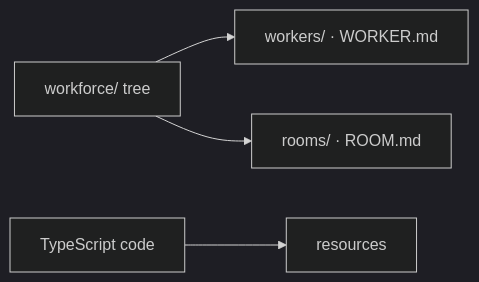
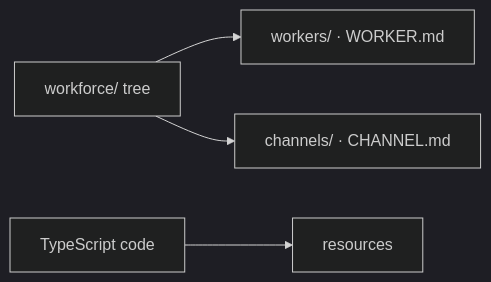
Before and after one commit to fixpoint-labs/flow-state-dev: the second of 3 diagrams in spec/FIX-1352.explainer.md, drawn with Mermaid (dark theme). The commit also changed other lines of this file and 1 other file, not shown here.

First line of the commit message:
spec(FIX-1352): rename the convention to channels, per the owner rewrite

````diff
--- a/spec/FIX-1352.explainer.md
+++ b/spec/FIX-1352.explainer.md
@@ -27,6 +27,6 @@
 ```mermaid
 flowchart LR
   TREE["workforce/ tree"] --> W["workers/ · WORKER.md"]
-  TREE --> R["rooms/ · ROOM.md"]
+  TREE --> CH["channels/ · CHANNEL.md"]
   CODE["TypeScript code"] --> RES["resources"]
 ```
````
